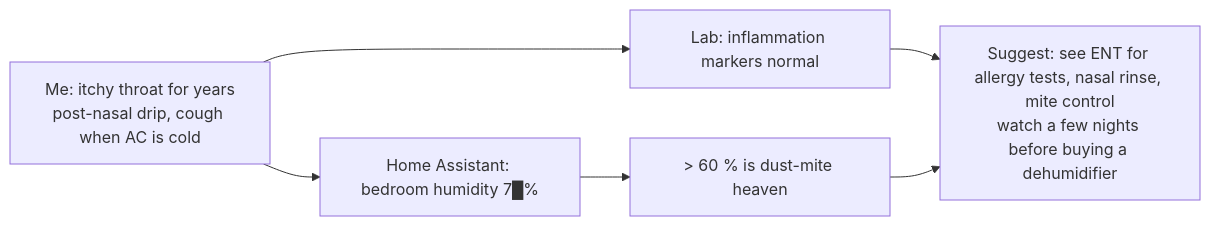
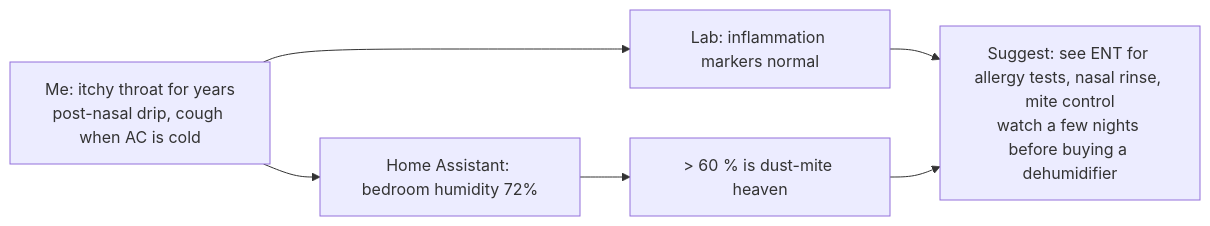
Before and after one commit to JamesNolan17/health-buddy: the seventh of 7 diagrams in README.en.md, drawn with Mermaid. The commit also changed other lines of this file and 6 other files, not shown here.

````diff
--- a/README.en.md
+++ b/README.en.md
@@ -262,7 +262,7 @@
 ```mermaid
 flowchart LR
     A[Me: itchy throat for years<br/>post-nasal drip, cough when AC is cold] --> B[Lab: inflammation markers normal]
-    A --> C[Home Assistant: bedroom humidity 7█%]
+    A --> C[Home Assistant: bedroom humidity 72%]
     C --> D[> 60 % is dust-mite heaven]
     B & D --> E[Suggest: see ENT for allergy tests, nasal rinse, mite control<br/>watch a few nights before buying a dehumidifier]
 ```
````
